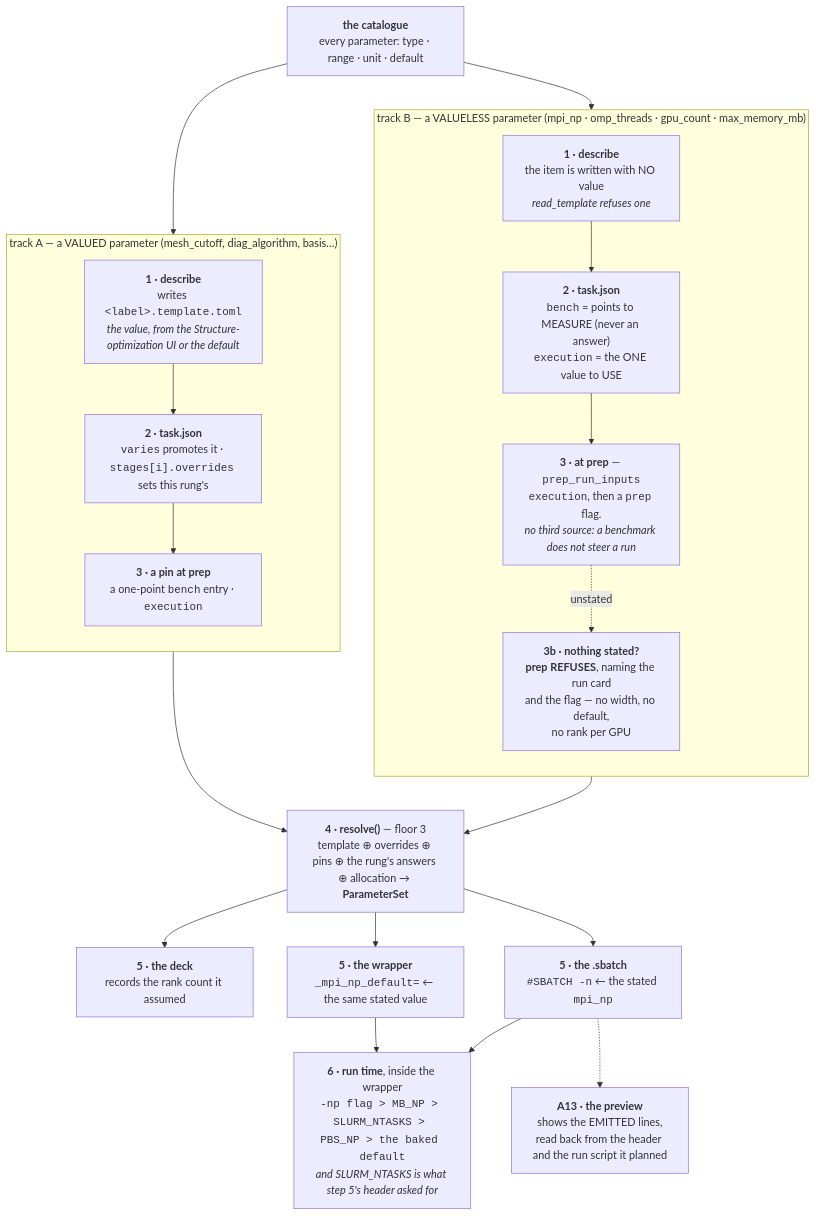
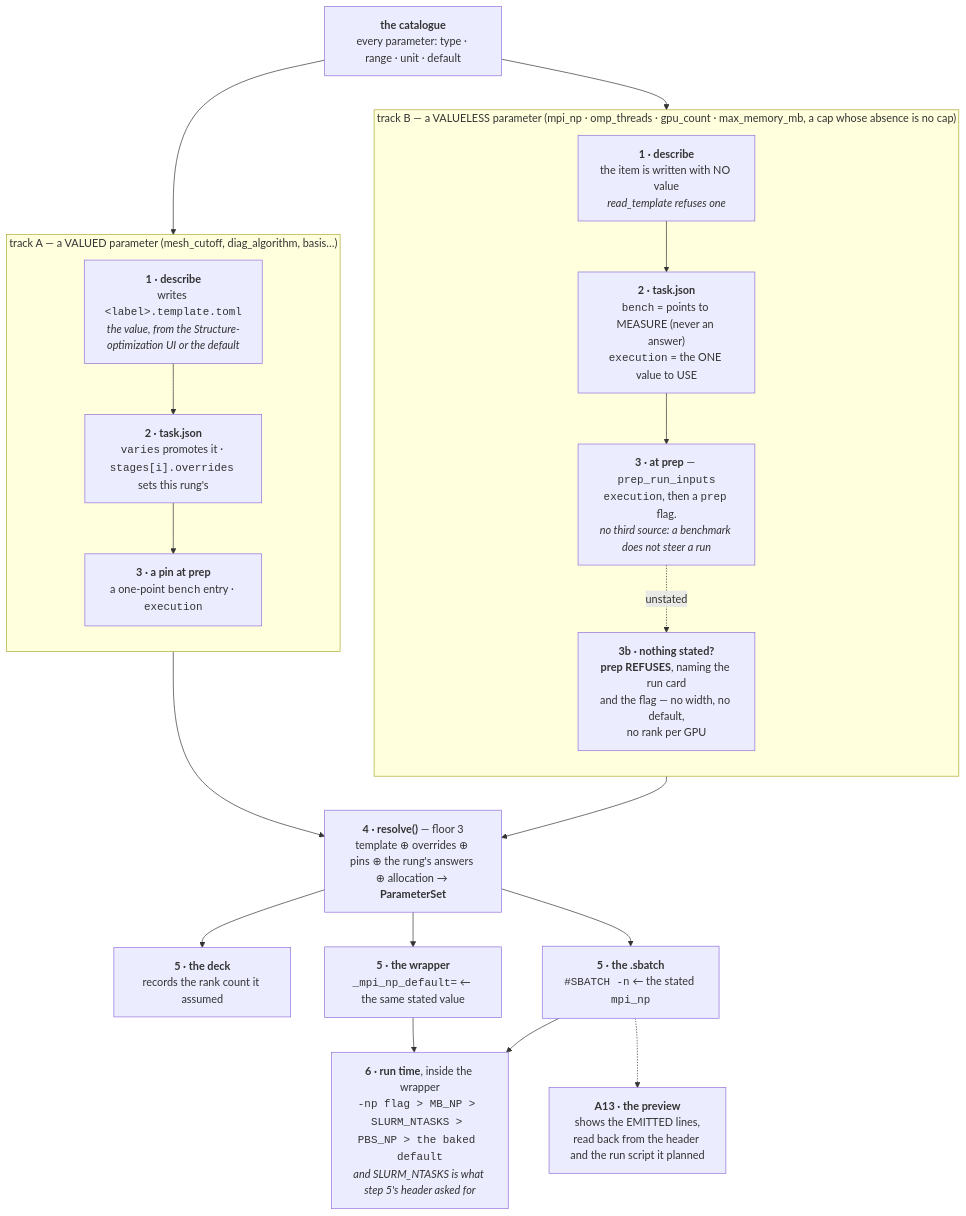
The sixth of 10 diagrams in docs/execution/architecture.md (Qing-LAB/molbuilder), drawn with Mermaid before and after one commit. The commit also changed other lines of this file and 50 other files, not shown here.

````diff
--- a/docs/execution/architecture.md
+++ b/docs/execution/architecture.md
@@ -673,40 +668,40 @@
 ```mermaid
 flowchart TB
     CAT["<b>the catalogue</b><br/>every parameter: type · range · unit · default"]
 
     subgraph VAL["track A — a VALUED parameter (mesh_cutoff, diag_algorithm, basis…)"]
         direction TB
         A1["<b>1 · describe</b><br/>writes <code>&lt;label&gt;.template.toml</code><br/><i>the value, from the Structure-optimization UI or the default</i>"]
         A2["<b>2 · task.json</b><br/><code>varies</code> promotes it · <code>stages[i].overrides</code> sets this rung's"]
         A3["<b>3 · a pin at prep</b><br/>a one-point <code>bench</code> entry · <code>execution</code>"]
         A1 --> A2 --> A3
     end
 
-    subgraph MACH["track B — a VALUELESS parameter (mpi_np · omp_threads · gpu_count · max_memory_mb)"]
+    subgraph MACH["track B — a VALUELESS parameter (mpi_np · omp_threads · gpu_count · max_memory_mb, a cap whose absence is no cap)"]
         direction TB
         B1["<b>1 · describe</b><br/>the item is written with NO value<br/><i>read_template refuses one</i>"]
         B2["<b>2 · task.json</b><br/><code>bench</code> = points to MEASURE (never an answer)<br/><code>execution</code> = the ONE value to USE"]
         B3["<b>3 · at prep</b> — <code>prep_run_inputs</code><br/><code>execution</code>, then a <code>prep</code> flag.<br/><i>no third source: a benchmark does not steer a run</i>"]
         B4["<b>3b · nothing stated?</b><br/><b>prep REFUSES</b>, naming the run card<br/>and the flag — no width, no default,<br/>no rank per GPU"]
         B1 --> B2 --> B3
         B3 -.->|"unstated"| B4
     end
 
     RES["<b>4 · resolve()</b> — floor 3<br/>template ⊕ overrides ⊕ pins ⊕ the rung's answers ⊕ allocation → <b>ParameterSet</b>"]
     DECK["<b>5 · the deck</b><br/>records the rank count it assumed"]
     SB["<b>5 · the .sbatch</b><br/><code>#SBATCH -n</code> ← the stated <code>mpi_np</code>"]
     WRAP["<b>5 · the wrapper</b><br/><code>_mpi_np_default=</code> ← the same stated value"]
     RUN["<b>6 · run time</b>, inside the wrapper<br/><code>-np flag &gt; MB_NP &gt; SLURM_NTASKS &gt; PBS_NP &gt; the baked default</code><br/><i>and SLURM_NTASKS is what step 5's header asked for</i>"]
     CARD["<b>A13 · the preview</b><br/>shows the EMITTED lines,<br/>read back from the header and the run script it planned"]
 
     CAT --> A1
     CAT --> B1
     A3 --> RES
     B3 --> RES
     RES --> DECK
     RES --> SB
     RES --> WRAP
     SB --> RUN
     WRAP --> RUN
     SB -.-> CARD
 ```
````
